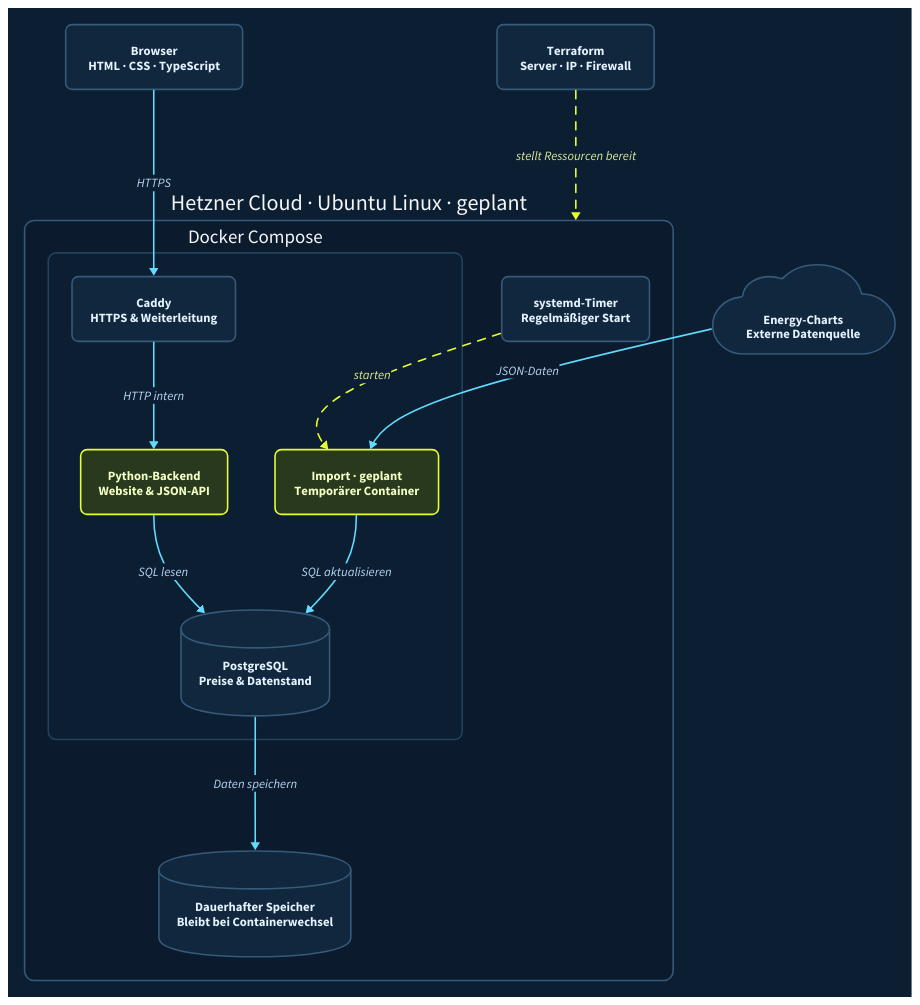
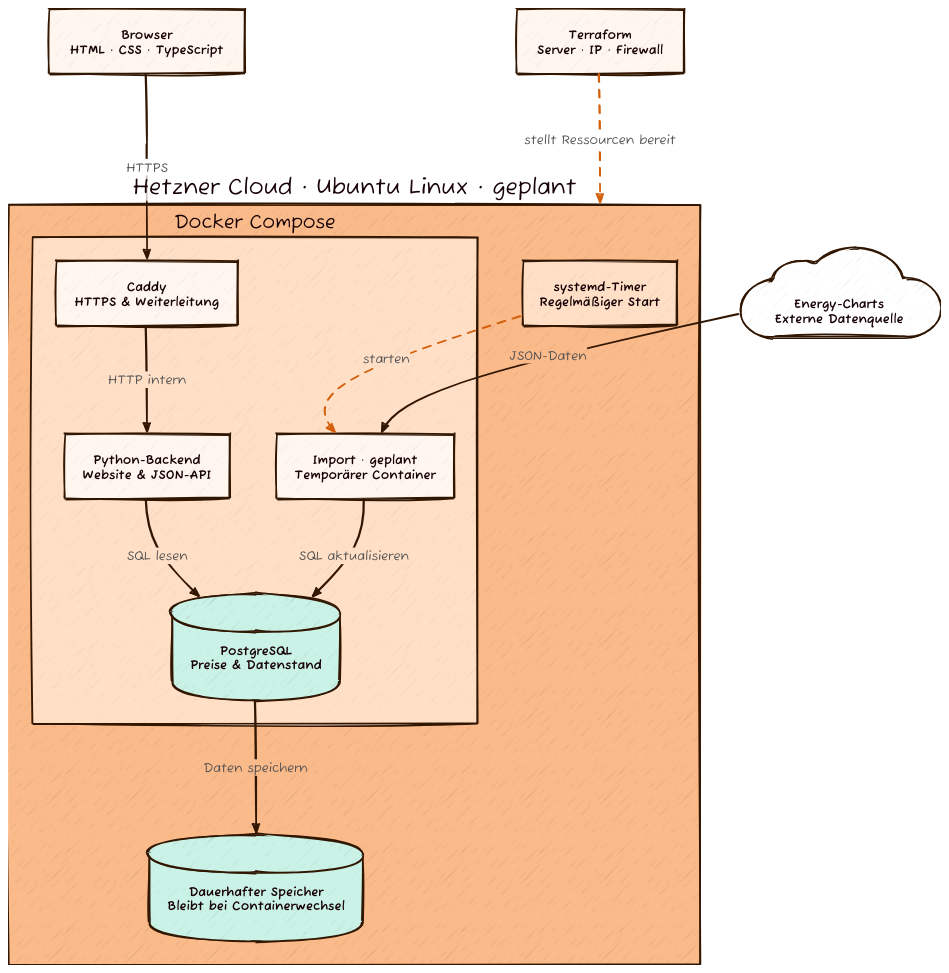
One commit to crnly/strom-dashboard changed the diagram in diagrams/system.d2. Above: the diagram before and after it, drawn with D2. The commit also changed 10 other files, not shown here.

Commit message:
Use D2 theme 101 with sketch rendering

```diff
--- a/diagrams/system.d2
+++ b/diagrams/system.d2
@@ -1,32 +1,25 @@
-vars: {d2-config: {theme-id: 201}}
-style: {fill: "#0C1E31"; font-color: "#E4F4FF"}
+vars: {d2-config: {theme-id: 101; sketch: true; pad: 24}}
 # Geplanter Zielzustand. Noch keine laufende Infrastruktur.
 direction: down
-classes: {
-  node: {style: {fill: "#10273E"; stroke: "#365A79"; font-color: "#E4F4FF"; border-radius: 8}}
-  app: {style: {fill: "#29391E"; stroke: "#E7FF32"; font-color: "#F3FFC5"; border-radius: 8}}
-  control: {style: {stroke: "#E7FF32"; stroke-dash: 5; font-color: "#DCEB9B"}}
+classes: {control: {style: {stroke-dash: 5}}}
+browser: "Browser\nHTML · CSS · TypeScript"
+source: "Energy-Charts\nExterne Datenquelle" {shape: cloud}
+terraform: "Terraform\nServer · IP · Firewall"
+server: "Hetzner Cloud · Ubuntu Linux · geplant" {
+  containers: "Docker Compose" {
+    caddy: "Caddy\nHTTPS & Weiterleitung"
+    web: "Python-Backend\nWebsite & JSON-API"
+    db: "PostgreSQL\nPreise & Datenstand" {shape: cylinder}
+    import: "Import · geplant\nTemporärer Container"
+  }
+  timer: "systemd-Timer\nRegelmäßiger Start"
+  disk: "Dauerhafter Speicher\nBleibt bei Containerwechsel" {shape: cylinder}
 }
-browser: "Browser\nHTML · CSS · TypeScript" {class: node}
-source: "Energy-Charts\nExterne Datenquelle" {shape: cloud; class: node}
-terraform: "Terraform\nServer · IP · Firewall" {class: node}
-server: "Hetzner Cloud · Ubuntu Linux · geplant" {
-  style: {fill: "#0B1A2C"; stroke: "#365A79"; border-radius: 12}
-  containers: "Docker Compose" {
-    style: {fill: "#0C1E31"; stroke: "#24415D"; border-radius: 10}
-    caddy: "Caddy\nHTTPS & Weiterleitung" {class: node}
-    web: "Python-Backend\nWebsite & JSON-API" {class: app}
-    db: "PostgreSQL\nPreise & Datenstand" {shape: cylinder; class: node}
-    import: "Import · geplant\nTemporärer Container" {class: app}
-  }
-  timer: "systemd-Timer\nRegelmäßiger Start" {class: node}
-  disk: "Dauerhafter Speicher\nBleibt bei Containerwechsel" {shape: cylinder; class: node}
-}
-browser -> server.containers.caddy: HTTPS {style: {stroke: "#61DCFF"; font-color: "#B8D8F2"}}
-server.containers.caddy -> server.containers.web: HTTP intern {style: {stroke: "#61DCFF"; font-color: "#B8D8F2"}}
-server.containers.web -> server.containers.db: SQL lesen {style: {stroke: "#61DCFF"; font-color: "#B8D8F2"}}
+browser -> server.containers.caddy: HTTPS
+server.containers.caddy -> server.containers.web: HTTP intern
+server.containers.web -> server.containers.db: SQL lesen
 server.timer -> server.containers.import: starten {class: control}
-source -> server.containers.import: JSON-Daten {style: {stroke: "#61DCFF"; font-color: "#B8D8F2"}}
-server.containers.import -> server.containers.db: SQL aktualisieren {style: {stroke: "#61DCFF"; font-color: "#B8D8F2"}}
-server.containers.db -> server.disk: Daten speichern {style: {stroke: "#61DCFF"; font-color: "#B8D8F2"}}
+source -> server.containers.import: JSON-Daten
+server.containers.import -> server.containers.db: SQL aktualisieren
+server.containers.db -> server.disk: Daten speichern
 terraform -> server: stellt Ressourcen bereit {class: control}
```
